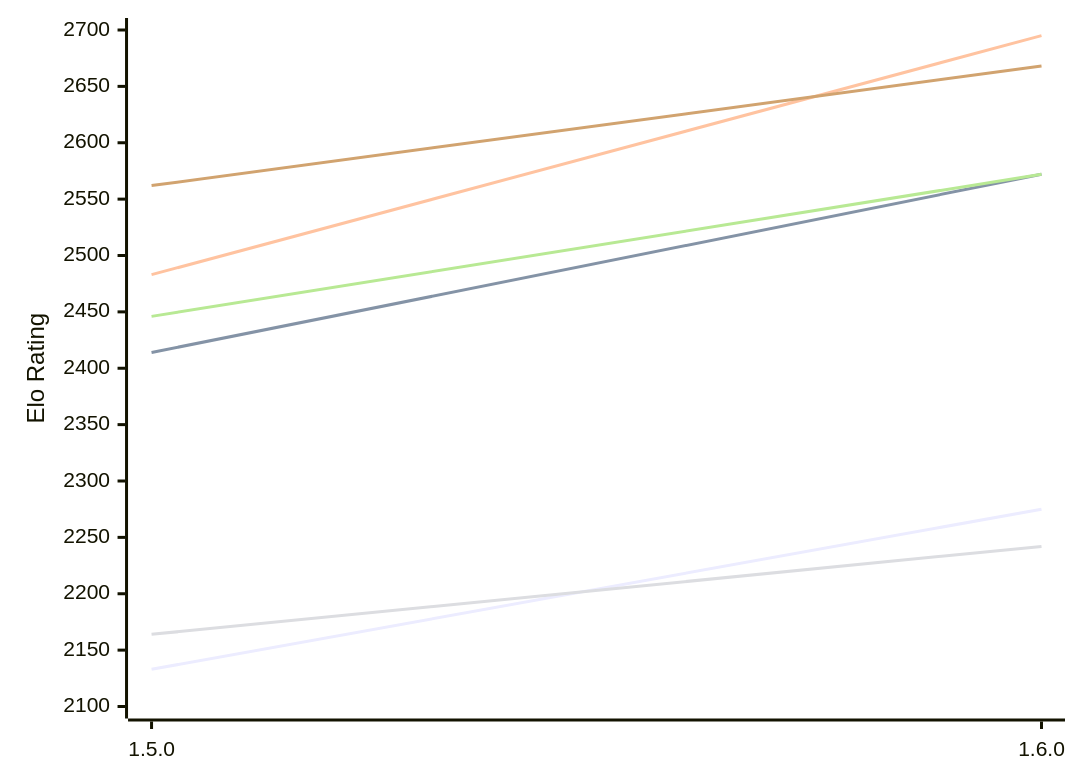
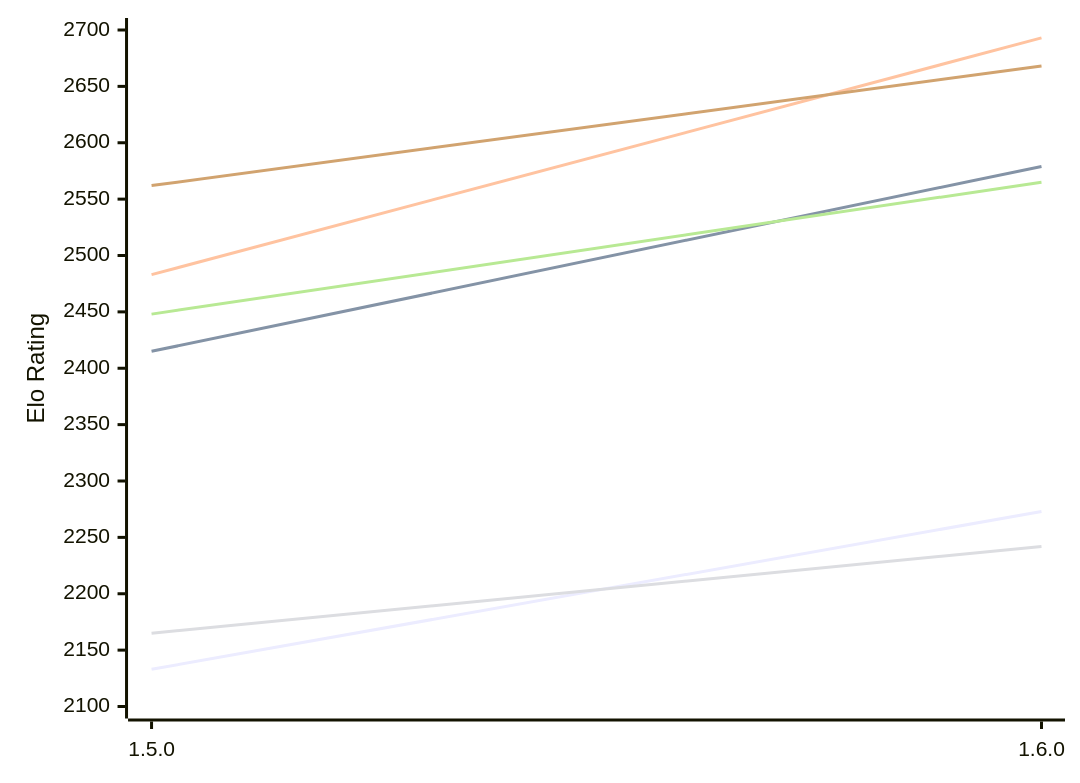
One commit to computer-chess-index/cci changed the first of 2 diagrams in engines/Tofiks.md. Above: the diagram before and after it, drawn with Mermaid. The commit also changed other lines of this file, not shown here.

Commit message:
Update CCI Ratings (ELO VLTC) - 2026-11-27

````diff
--- a/engines/Tofiks.md
+++ b/engines/Tofiks.md
@@ -51,12 +51,12 @@
 ```mermaid
 %%{init: {"theme":"base","themeVariables":{"seriesColors:['#a3a3a3','#222221','#faa371']}}}%%
 xychart-beta
   x-axis ["1.5.0", "1.6.0"]
   y-axis "Elo Rating" 2100 --> 2700
-  line "E1: STC (8.0+0.08s)" [2133, 2275]
-  line "E1: LTC (60.0+0.60s)" [2414, 2572]
-  line "E1: VLTC (2m24s+1.12s)" [2483, 2695]
-  line "P1: STC (8.0+0.08s)" [2164, 2242]
-  line "P1: LTC (60.0+0.60s)" [2446, 2572]
+  line "E1: STC (8.0+0.08s)" [2133, 2273]
+  line "E1: LTC (60.0+0.60s)" [2415, 2579]
+  line "E1: VLTC (2m24s+1.12s)" [2483, 2693]
+  line "P1: STC (8.0+0.08s)" [2165, 2242]
+  line "P1: LTC (60.0+0.60s)" [2448, 2565]
   line "P1: VLTC (2m24s+1.12s)" [2562, 2668]
 ```
````
